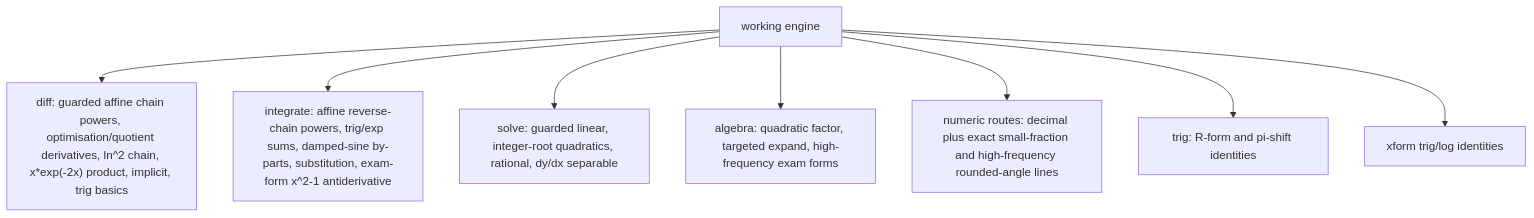
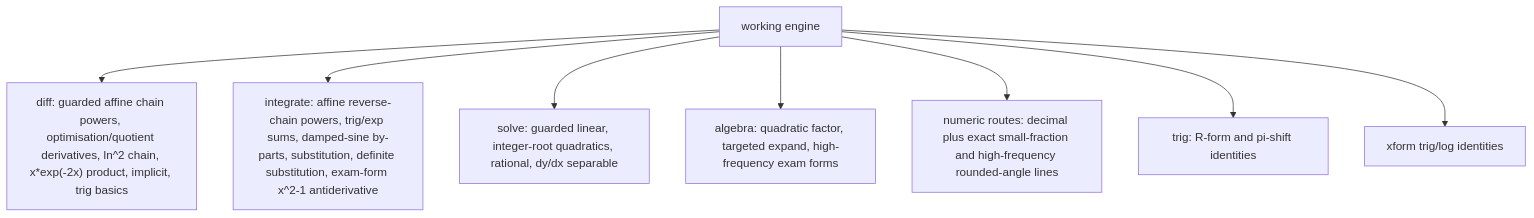
Before and after one commit to james8464/notes-addin-casio-fx-cg50: the third of 6 diagrams in docs/GRAPH.md, drawn with Mermaid. The commit also changed other lines of this file and 3 other files, not shown here.

Commit message:
feat: add definite substitution working route

````diff
--- a/docs/GRAPH.md
+++ b/docs/GRAPH.md
@@ -36,10 +36,10 @@
 ```mermaid
 graph TD
   Work["working engine"] --> Diff["diff: guarded affine chain powers, optimisation/quotient derivatives, ln^2 chain, x*exp(-2x) product, implicit, trig basics"]
-  Work --> Int["integrate: affine reverse-chain powers, trig/exp sums, damped-sine by-parts, substitution, exam-form x^2-1 antiderivative"]
+  Work --> Int["integrate: affine reverse-chain powers, trig/exp sums, damped-sine by-parts, substitution, definite substitution, exam-form x^2-1 antiderivative"]
   Work --> Solve["solve: guarded linear, integer-root quadratics, rational, dy/dx separable"]
   Work --> Alg["algebra: quadratic factor, targeted expand, high-frequency exam forms"]
   Work --> Num["numeric routes: decimal plus exact small-fraction and high-frequency rounded-angle lines"]
   Work --> Trig["trig: R-form and pi-shift identities"]
   Work --> Xform["xform trig/log identities"]
 ```
````
